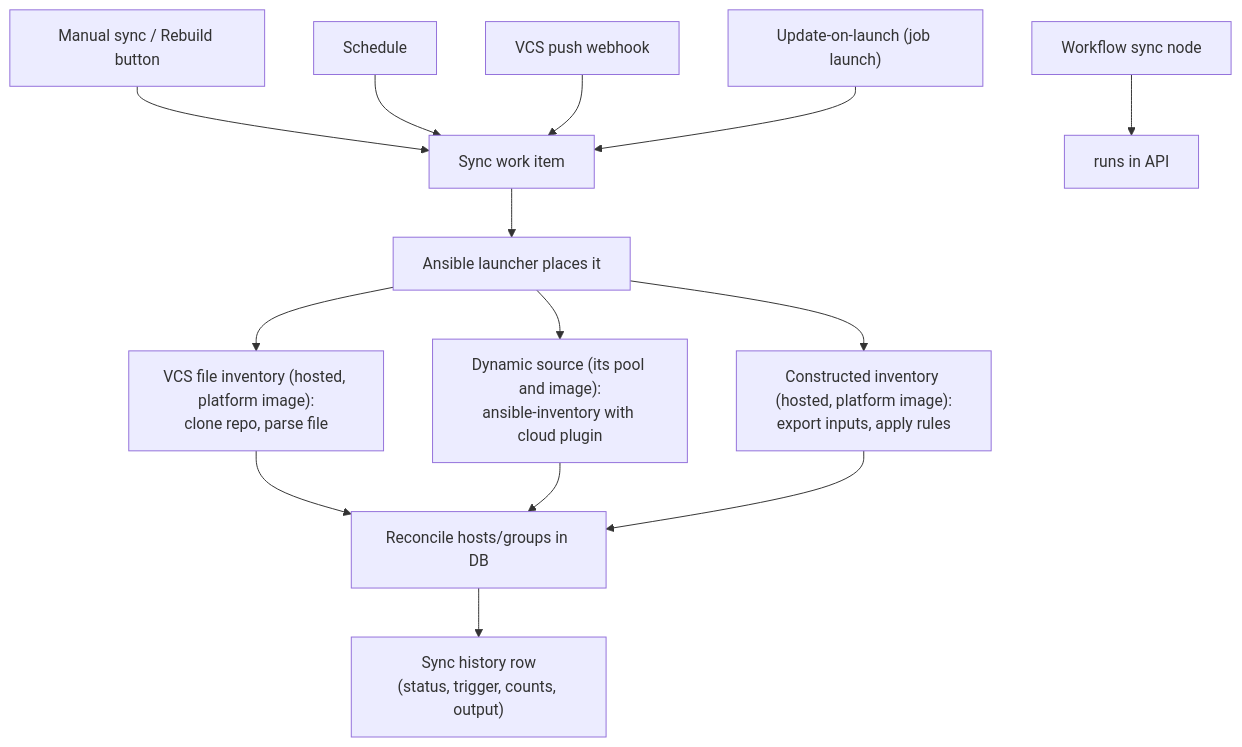
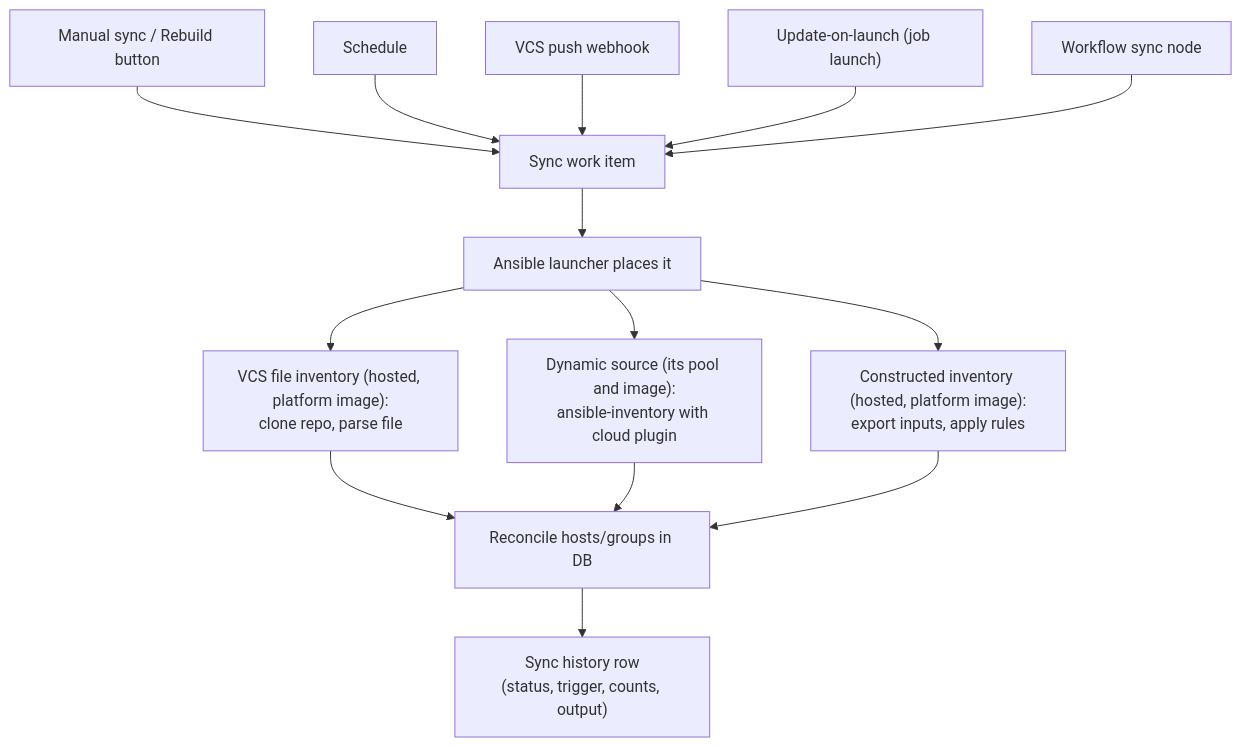
The fourth of 7 diagrams in docs/features/ansible/execution-flows.md (vhco-pro/stackweaver-frontend), drawn with Mermaid before and after one commit. The commit also changed other lines of this file and 12 other files, not shown here.

````diff
--- a/docs/features/ansible/execution-flows.md
+++ b/docs/features/ansible/execution-flows.md
@@ -341,16 +341,16 @@
 ```mermaid
 flowchart TD
     T1["Manual sync / Rebuild button"] --> Q["Sync work item"]
     T2["Schedule"] --> Q
     T3["VCS push webhook"] --> Q
     T4["Update-on-launch (job launch)"] --> Q
-    T5["Workflow sync node"] --> ENG["runs in API"]
+    T5["Workflow sync node"] --> Q
     Q --> R["Ansible launcher places it"]
     R --> B1["VCS file inventory (hosted, platform image):<br/>clone repo, parse file"]
     R --> B2["Dynamic source (its pool and image):<br/>ansible-inventory with cloud plugin"]
     R --> B3["Constructed inventory (hosted, platform image):<br/>export inputs, apply rules"]
     B1 --> REC["Reconcile hosts/groups in DB"]
     B2 --> REC
     B3 --> REC
     REC --> HIST["Sync history row<br/>(status, trigger, counts, output)"]
 ```
````
